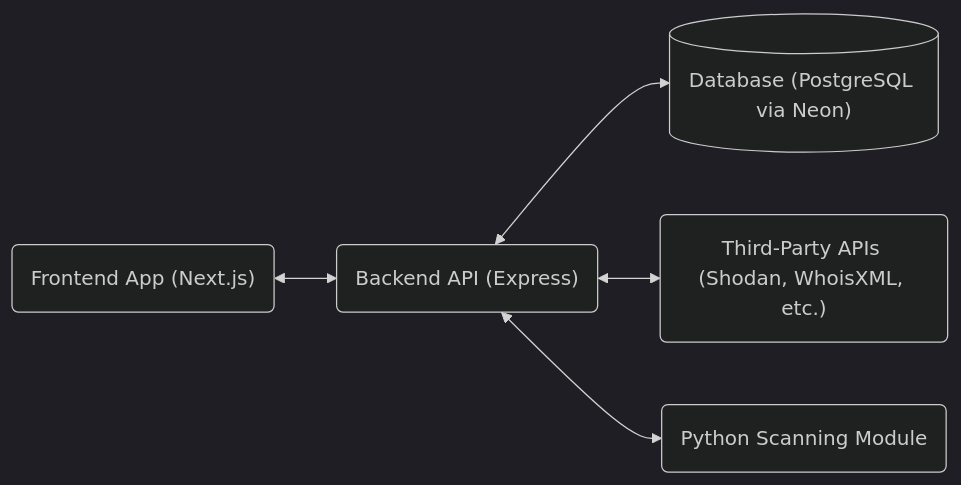
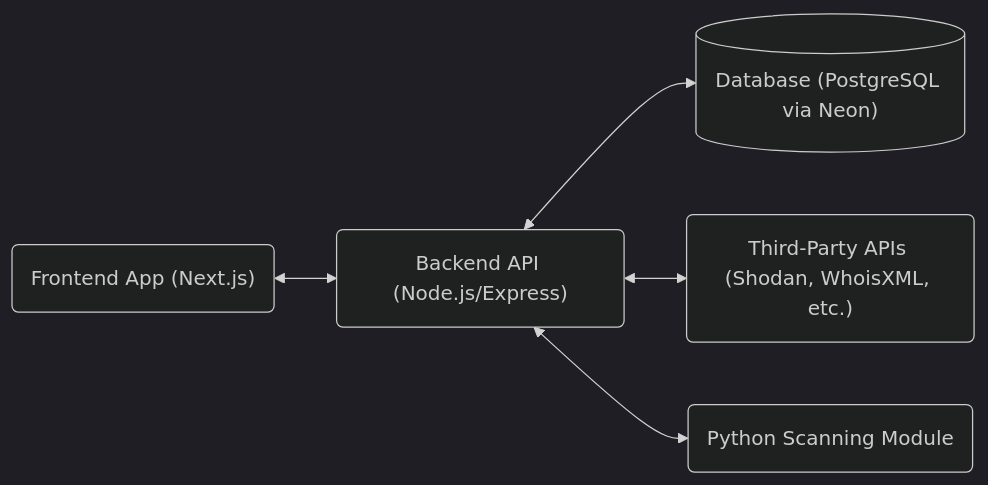
The diagram in PROJECT_ARCHITECTURE.md (Ditokasiditz/FinalProject_CE68_G17_ASM_00), drawn with Mermaid (dark theme) before and after one commit. The commit also changed other lines of this file, not shown here.

````diff
--- a/PROJECT_ARCHITECTURE.md
+++ b/PROJECT_ARCHITECTURE.md
@@ -20,7 +18,7 @@
 ```mermaid
 flowchart LR
-    Client("Frontend App (Next.js)") <--> API("Backend API (Express)")
+    Client("Frontend App (Next.js)") <--> API("Backend API (Node.js/Express)")
     API <--> DB[("Database (PostgreSQL via Neon)")]
     API <--> Shodan("Third-Party APIs (Shodan, WhoisXML, etc.)")
     API <--> Python("Python Scanning Module")
 ```
````
